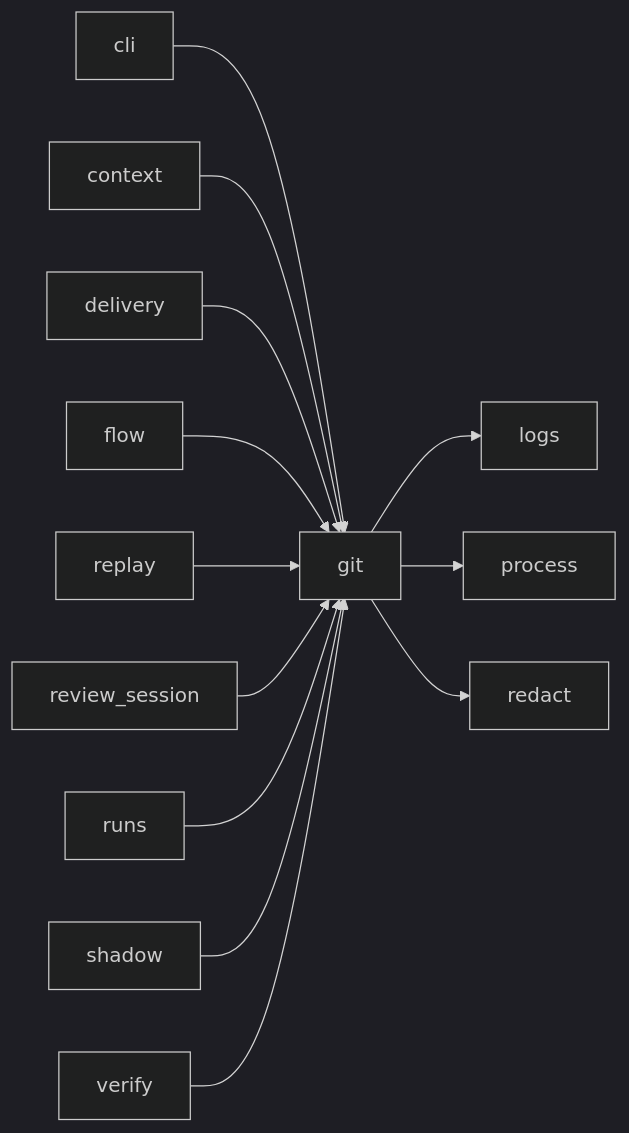
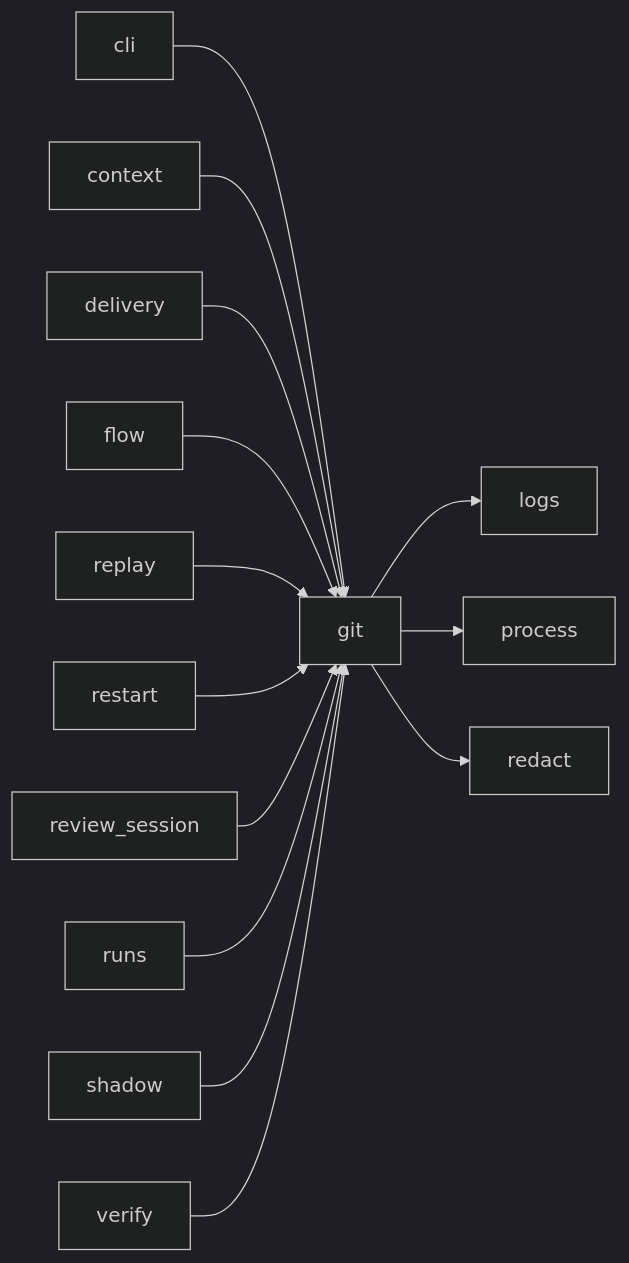
One commit to plaplanche/ariane changed the third of 3 diagrams in docs/architecture/modules/git.md. Above: the diagram before and after it, drawn with Mermaid (dark theme). The commit also changed 27 other files, not shown here.

````diff
--- a/docs/architecture/modules/git.md
+++ b/docs/architecture/modules/git.md
@@ -146,15 +146,16 @@
 ```mermaid
 flowchart LR
   cli --> git
   context --> git
   delivery --> git
   flow --> git
   git --> logs
   git --> process
   git --> redact
   replay --> git
+  restart --> git
   review_session --> git
   runs --> git
   shadow --> git
   verify --> git
 ```
````
